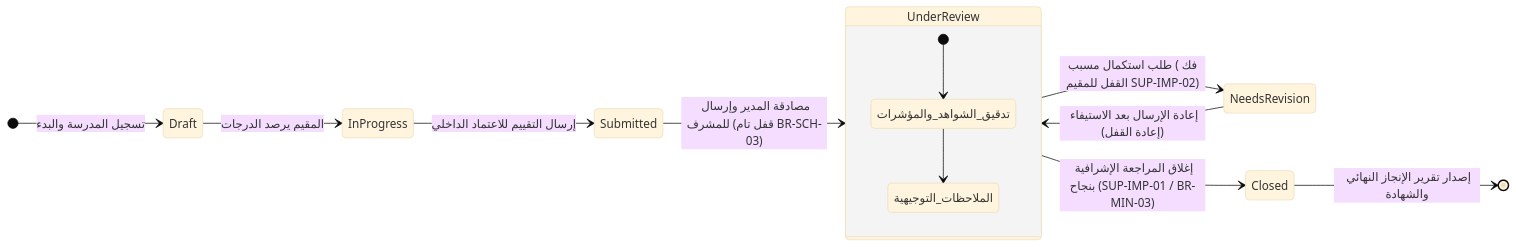
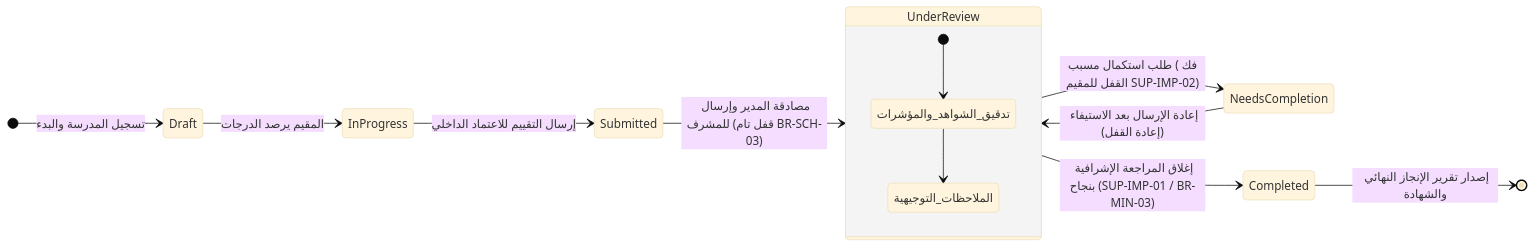
Before and after one commit to codewizardmx0-lgtm/school-quality-system: the diagram in school-eval-web/src/features/supervision/supervision-impact-register.md, drawn with Mermaid (base theme). The commit also changed other lines of this file and 9 other files, not shown here.

````diff
--- a/school-eval-web/src/features/supervision/supervision-impact-register.md
+++ b/school-eval-web/src/features/supervision/supervision-impact-register.md
@@ -59,19 +59,19 @@
 ```mermaid
 stateDiagram-v2
     direction LR
     [*] --> Draft: تسجيل المدرسة والبدء
     Draft --> InProgress: المقيم يرصد الدرجات
     InProgress --> Submitted: إرسال التقييم للاعتماد الداخلي
     Submitted --> UnderReview: مصادقة المدير وإرسال للمشرف (قفل تام BR-SCH-03)
     
     state UnderReview {
         [*] --> تدقيق_الشواهد_والمؤشرات
         تدقيق_الشواهد_والمؤشرات --> الملاحظات_التوجيهية
     }
 
-    UnderReview --> NeedsRevision: طلب استكمال مسبب (فك القفل للمقيم SUP-IMP-02)
-    NeedsRevision --> UnderReview: إعادة الإرسال بعد الاستيفاء (إعادة القفل)
+    UnderReview --> NeedsCompletion: طلب استكمال مسبب (فك القفل للمقيم SUP-IMP-02)
+    NeedsCompletion --> UnderReview: إعادة الإرسال بعد الاستيفاء (إعادة القفل)
     
-    UnderReview --> Closed: إغلاق المراجعة الإشرافية بنجاح (SUP-IMP-01 / BR-MIN-03)
-    Closed --> [*]: إصدار تقرير الإنجاز النهائي والشهادة
+    UnderReview --> Completed: إغلاق المراجعة الإشرافية بنجاح (SUP-IMP-01 / BR-MIN-03)
+    Completed --> [*]: إصدار تقرير الإنجاز النهائي والشهادة
 ```
````
